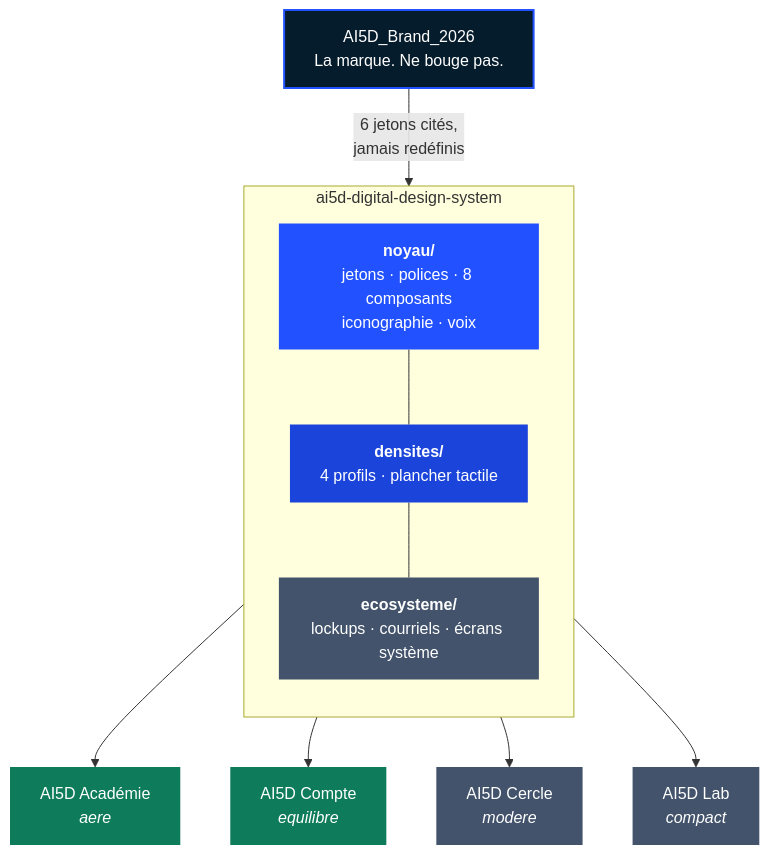
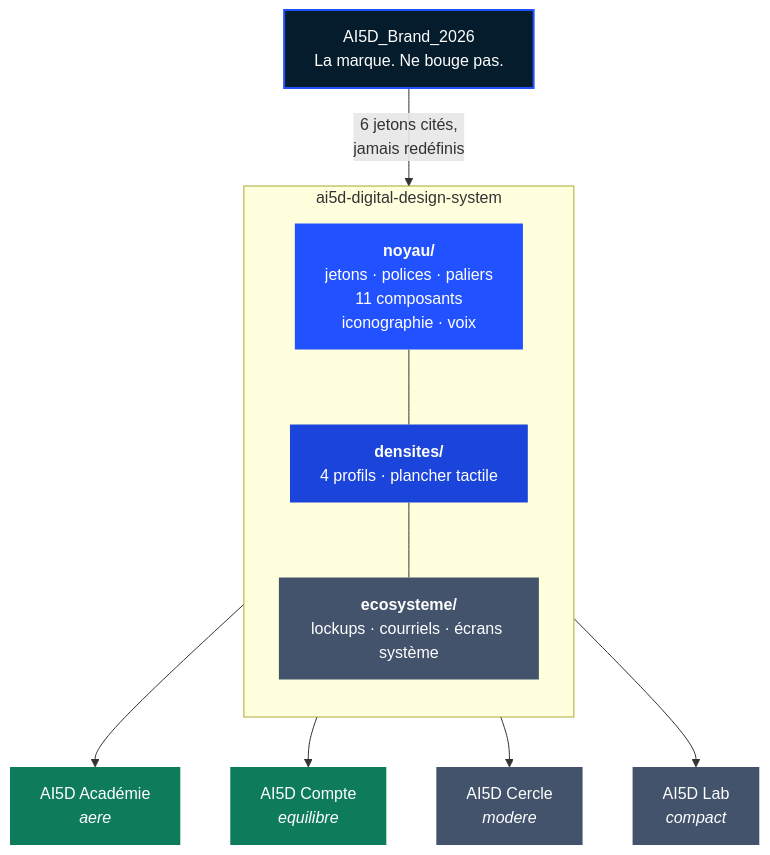
The diagram in README.md (Kaaramo/ai5d-digital-design-system), drawn with Mermaid before and after one commit. The commit also changed other lines of this file and 26 other files, not shown here.

````diff
--- a/README.md
+++ b/README.md
@@ -107,28 +107,28 @@
 ```mermaid
 flowchart TD
     Marque["AI5D_Brand_2026<br/>La marque. Ne bouge pas."]
 
     Marque -->|"6 jetons cités,<br/>jamais redéfinis"| Noyau
 
     subgraph Systeme["ai5d-digital-design-system"]
         direction TB
-        Noyau["<b>noyau/</b><br/>jetons · polices · 8 composants<br/>iconographie · voix"]
+        Noyau["<b>noyau/</b><br/>jetons · polices · paliers<br/>11 composants<br/>iconographie · voix"]
         Densites["<b>densites/</b><br/>4 profils · plancher tactile"]
         Eco["<b>ecosysteme/</b><br/>lockups · courriels · écrans système"]
         Noyau --- Densites --- Eco
     end
 
     Systeme --> Academie["AI5D Académie<br/><i>aere</i>"]
     Systeme --> Compte["AI5D Compte<br/><i>equilibre</i>"]
     Systeme --> Cercle["AI5D Cercle<br/><i>modere</i>"]
     Systeme --> Lab["AI5D Lab<br/><i>compact</i>"]
 
     style Marque fill:#051C2C,color:#fff,stroke:#2251FF,stroke-width:2px
     style Noyau fill:#2251FF,color:#fff,stroke:none
     style Densites fill:#1B44DB,color:#fff,stroke:none
     style Eco fill:#42536b,color:#fff,stroke:none,stroke-dasharray:4
     style Academie fill:#0E7C5A,color:#fff,stroke:none
     style Compte fill:#0E7C5A,color:#fff,stroke:none
     style Cercle fill:#42536b,color:#fff,stroke:none
     style Lab fill:#42536b,color:#fff,stroke:none
 ```
````
